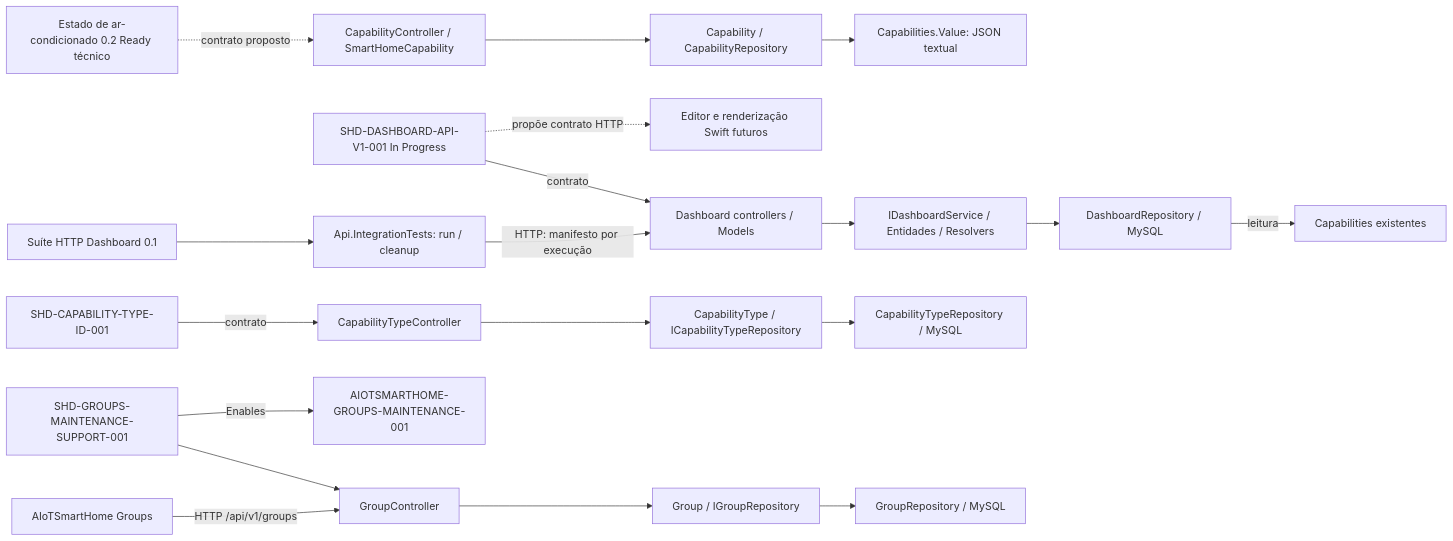
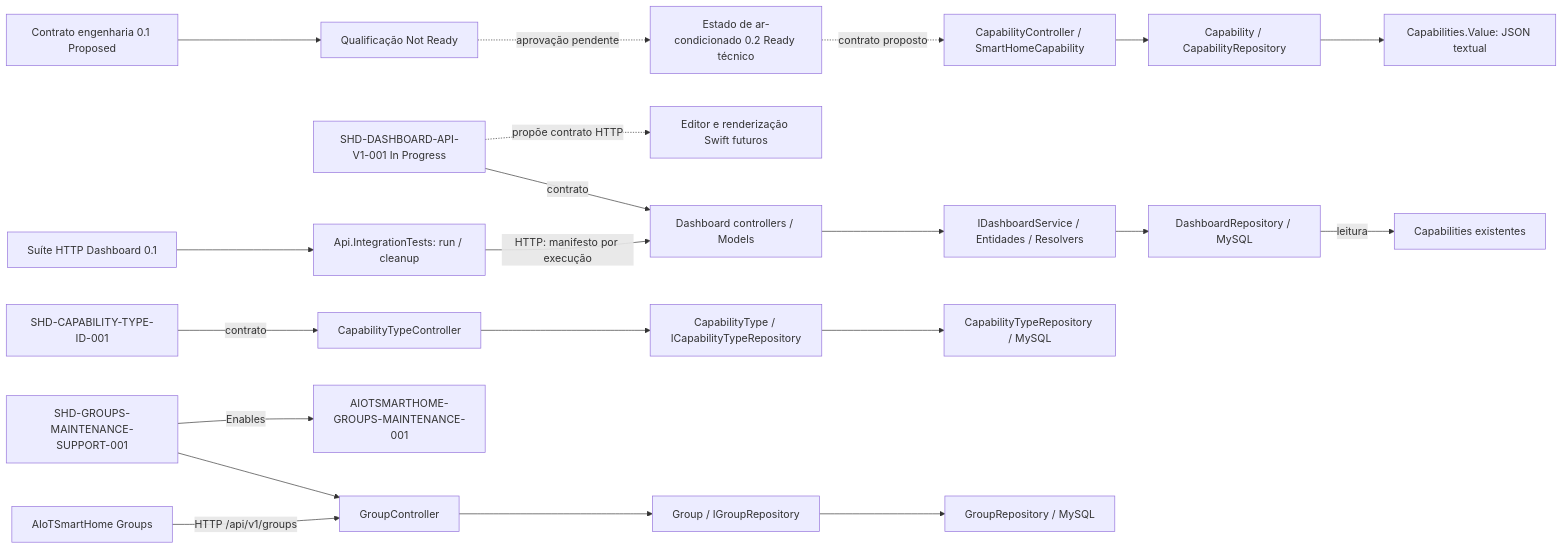
One commit to iotsmartsys/SmartHome-DeviceApi changed the diagram in docs/rfc/KNOWLEDGE-MAP.md. Above: the diagram before and after it, drawn with Mermaid. The commit also changed other lines of this file and 5 other files, not shown here.

Commit message:
docs: propose engineering contract and assess repository readiness

````diff
--- a/docs/rfc/KNOWLEDGE-MAP.md
+++ b/docs/rfc/KNOWLEDGE-MAP.md
@@ -72,21 +76,23 @@
 ```mermaid
 flowchart LR
+    ENGINEERING[Contrato engenharia 0.1 Proposed] --> READINESS[Qualificação Not Ready]
+    READINESS -.->|aprovação pendente| ACSPEC
     ACSPEC[Estado de ar-condicionado 0.2 Ready técnico] -.->|contrato proposto| ACAPI[CapabilityController / SmartHomeCapability]
     ACAPI --> ACCORE[Capability / CapabilityRepository]
     ACCORE --> ACDB[Capabilities.Value: JSON textual]
     DASHSPEC[SHD-DASHBOARD-API-V1-001 In Progress] -->|contrato| DASHAPI[Dashboard controllers / Models]
     DASHTESTSPEC[Suíte HTTP Dashboard 0.1] --> DASHTEST[Api.IntegrationTests: run / cleanup]
     DASHTEST -->|HTTP: manifesto por execução| DASHAPI
     DASHAPI --> DASHCORE[IDashboardService / Entidades / Resolvers]
     DASHCORE --> DASHDB[DashboardRepository / MySQL]
     DASHDB -->|leitura| DASHCAP[Capabilities existentes]
     DASHSPEC -.->|propõe contrato HTTP| DASHAPP[Editor e renderização Swift futuros]
     CTSPEC[SHD-CAPABILITY-TYPE-ID-001] -->|contrato| CTAPI[CapabilityTypeController]
     CTAPI --> CTCORE[CapabilityType / ICapabilityTypeRepository]
     CTCORE --> CTDB[CapabilityTypeRepository / MySQL]
     APP[AIoTSmartHome Groups] -->|HTTP /api/v1/groups| API[GroupController]
     SPEC[SHD-GROUPS-MAINTENANCE-SUPPORT-001] --> API
     API --> CORE[Group / IGroupRepository]
     CORE --> DB[GroupRepository / MySQL]
     SPEC -->|Enables| APPSPEC[AIOTSMARTHOME-GROUPS-MAINTENANCE-001]
 ```
````
